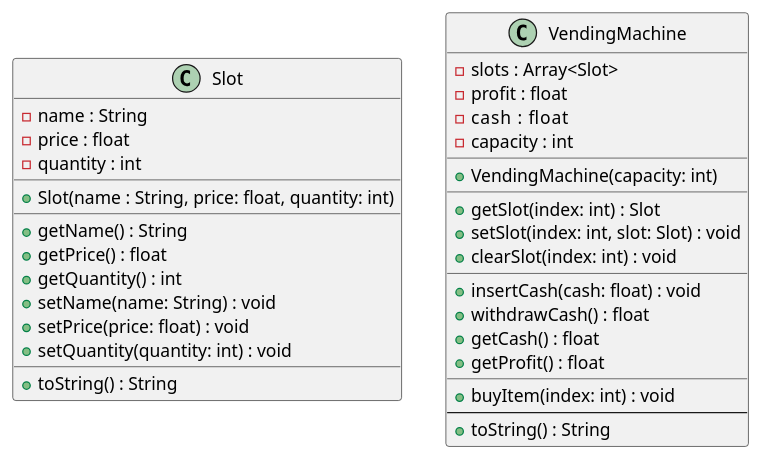
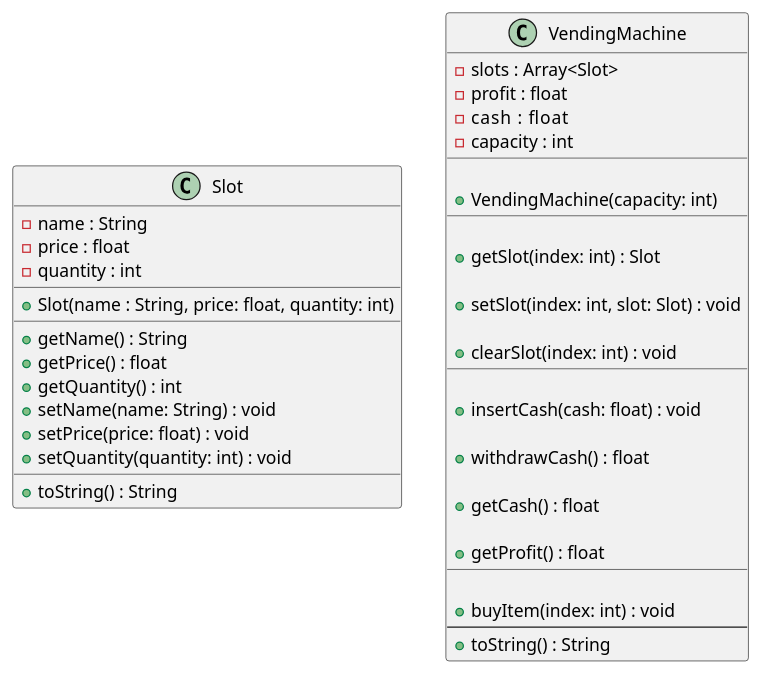
One commit to qxcodepoo/arcade changed the diagram in base/011/.cache/Readme.md. Above: the diagram before and after it, drawn with PlantUML. The commit also changed 27 other files, not shown here.

````diff
--- a/base/011/.cache/Readme.md
+++ b/base/011/.cache/Readme.md
@@ -55,59 +55,63 @@
 ```plantuml
 class Slot {
     - name : String
     - price : float
     - quantity : int
     __
     + Slot(name : String, price: float, quantity: int)
     __
     + getName() : String
     + getPrice() : float
     + getQuantity() : int
     + setName(name: String) : void
     + setPrice(price: float) : void
     + setQuantity(quantity: int) : void
     __
     + toString() : String
 }
 
 class VendingMachine {
     - slots : Array<Slot>
     - profit : float
     - cash   : float
     - capacity : int
     __
+
     ' inicialize a máquina criando todos os slots
     + VendingMachine(capacity: int)
     __
+
     ' se houver slot nessa posição, retorne
     ' se não, retorne null ou lançe uma excessão
     + getSlot(index: int) : Slot
-    '
+    
     ' altere o valor slot nessa posição
     + setSlot(index: int, slot: Slot) : void
-    '
+    
     ' limpe as informações do slot nessa posição
     + clearSlot(index: int) : void
     __
+
     ' adicione dinheiro no cash da máquina
     + insertCash(cash: float) : void
-    '
+    
     ' retorne o valor do cash da máquina e zere o cash
     + withdrawCash() : float
-    '
+    
     ' informe o valor do cash sem zerar o cash
     + getCash() : float
-    '
+    
     ' informe o valor apurado com todas as vendas
     + getProfit() : float
     __
+    
     ' se existir produto nessa posição
     ' se o dinheiro do cash for suficiente
     ' se a quantidade do produto for maior que zero
     ' deduza da quantidade 1
     ' deduza do cash o valor do produto
     + buyItem(index: int) : void
     --
     + toString() : String
 }
 ```
````
